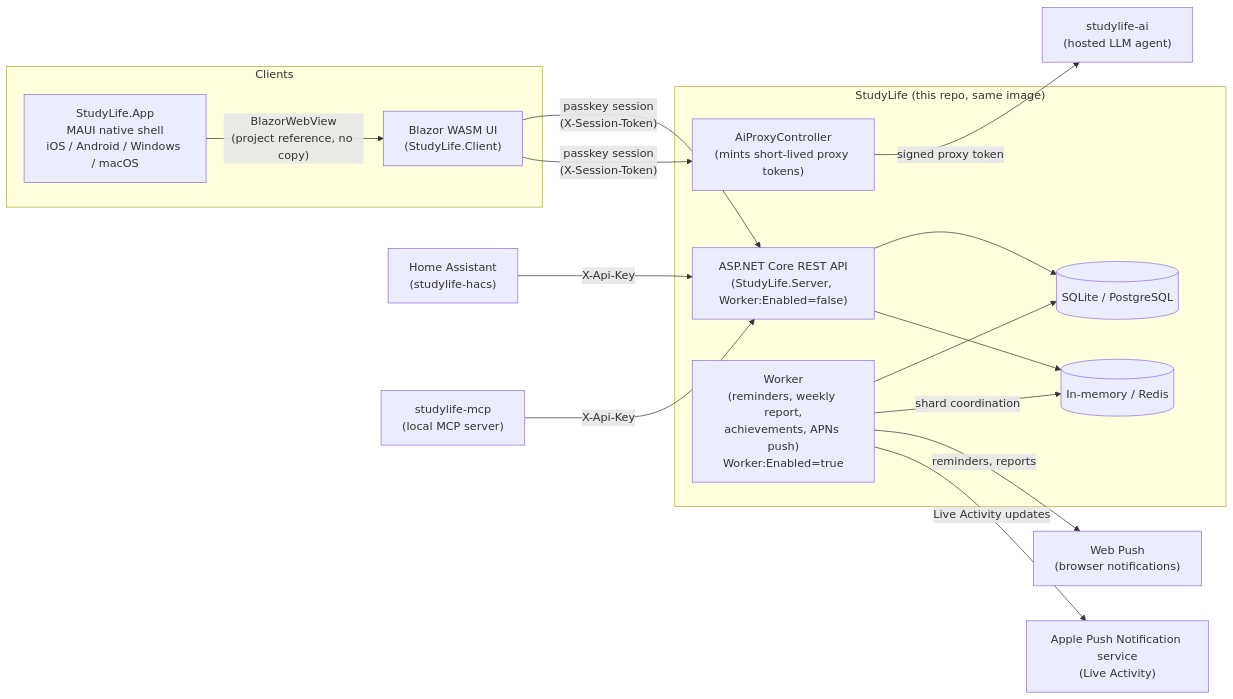
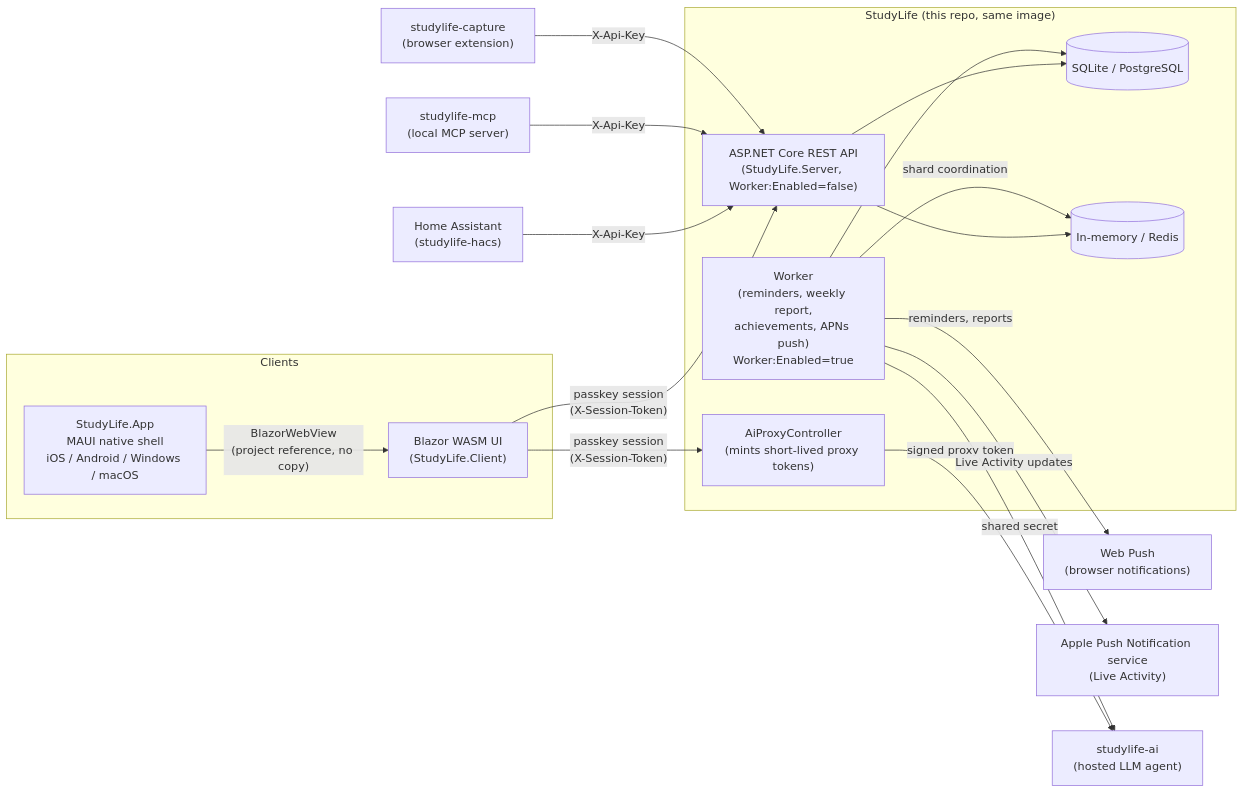
The diagram in README.md (lukislp/studylife), drawn with Mermaid before and after one commit. The commit also changed other lines of this file, not shown here.

Commit message:
docs: mention studylife-capture in architecture, notes, and add-ons

````diff
--- a/README.md
+++ b/README.md
@@ -24,34 +24,37 @@
 ```mermaid
 flowchart LR
     subgraph Clients["Clients"]
         BlazorUI["Blazor WASM UI\n(StudyLife.Client)"]
         MauiApp["StudyLife.App\nMAUI native shell\niOS / Android / Windows / macOS"]
     end
 
     subgraph StudyLife["StudyLife (this repo, same image)"]
         API["ASP.NET Core REST API\n(StudyLife.Server, Worker:Enabled=false)"]
         AiProxy["AiProxyController\n(mints short-lived proxy tokens)"]
         Worker["Worker\n(reminders, weekly report,\nachievements, APNs push)\nWorker:Enabled=true"]
         DB[("SQLite / PostgreSQL")]
         Cache[("In-memory / Redis")]
     end
 
     WebPush["Web Push\n(browser notifications)"]
     APNs["Apple Push Notification service\n(Live Activity)"]
     HomeAssistant["Home Assistant\n(studylife-hacs)"]
     Mcp["studylife-mcp\n(local MCP server)"]
     StudyLifeAI["studylife-ai\n(hosted LLM agent)"]
+    Capture["studylife-capture\n(browser extension)"]
 
     MauiApp -- "BlazorWebView\n(project reference, no copy)" --> BlazorUI
     BlazorUI -- "passkey session\n(X-Session-Token)" --> API
     BlazorUI -- "passkey session\n(X-Session-Token)" --> AiProxy
     AiProxy -- "signed proxy token" --> StudyLifeAI
     API --> DB
     API --> Cache
     Worker --> DB
     Worker -- "shard coordination" --> Cache
     Worker -- "reminders, reports" --> WebPush
     Worker -- "Live Activity updates" --> APNs
+    Worker -- "shared secret" --> StudyLifeAI
     HomeAssistant -- "X-Api-Key" --> API
     Mcp -- "X-Api-Key" --> API
+    Capture -- "X-Api-Key" --> API
 ```
````
